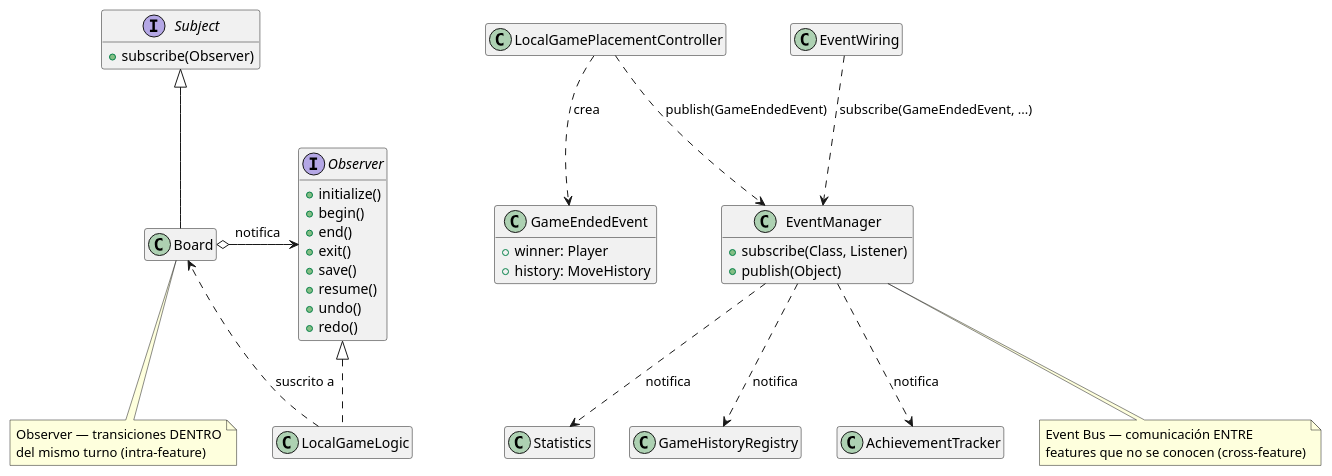
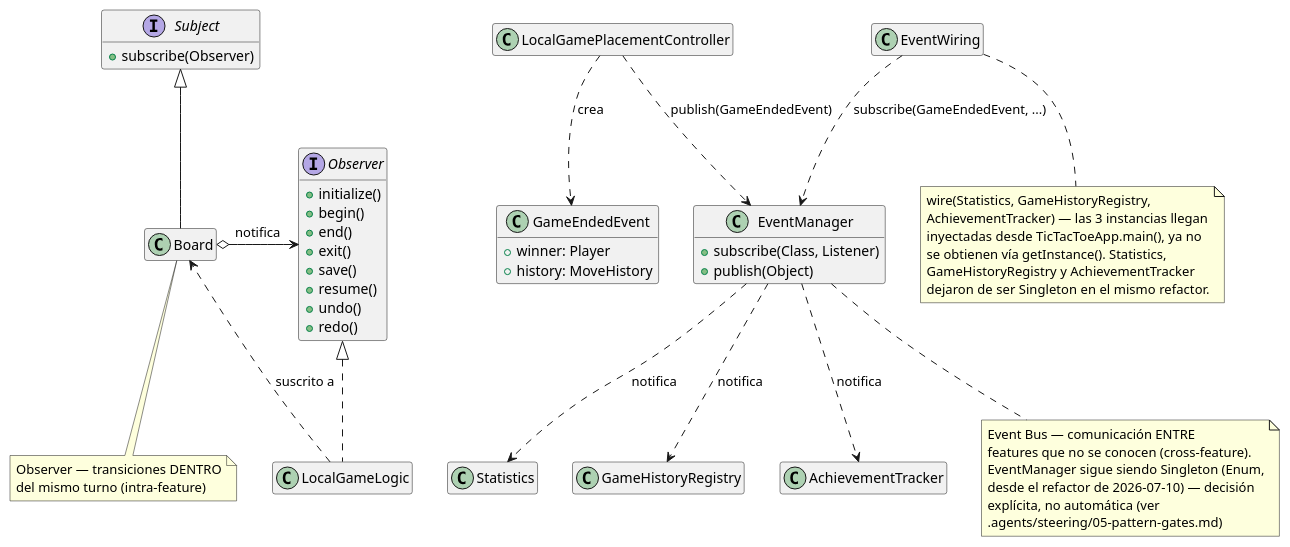
Before and after one commit to pcarroza/tictactoe-java: the diagram in docs/4+1views/logica/patrones/patron-observer-y-eventos.puml, drawn with PlantUML. The commit also changed 16 other files, not shown here.

```diff
--- a/docs/4+1views/logica/patrones/patron-observer-y-eventos.puml
+++ b/docs/4+1views/logica/patrones/patron-observer-y-eventos.puml
@@ -1,55 +1,68 @@
 @startuml patron-observer-y-eventos
 hide empty members
 
 interface Subject {
   +subscribe(Observer)
 }
 interface Observer {
   +initialize()
   +begin()
   +end()
   +exit()
   +save()
   +resume()
   +undo()
   +redo()
 }
 class Board
 class LocalGameLogic
 
 Subject <|-- Board
 Observer <|.. LocalGameLogic
 Board o-> Observer : notifica
 LocalGameLogic ..> Board : suscrito a
 
 note bottom of Board
   Observer — transiciones DENTRO
   del mismo turno (intra-feature)
 end note
 
 class EventManager {
   +subscribe(Class, Listener)
   +publish(Object)
 }
 class GameEndedEvent {
   +winner: Player
   +history: MoveHistory
 }
 class LocalGamePlacementController
 class EventWiring
 class Statistics
 class GameHistoryRegistry
 class AchievementTracker
 
 LocalGamePlacementController ..> EventManager : publish(GameEndedEvent)
 LocalGamePlacementController ..> GameEndedEvent : crea
 EventWiring ..> EventManager : subscribe(GameEndedEvent, ...)
 EventManager ..> Statistics : notifica
 EventManager ..> GameHistoryRegistry : notifica
 EventManager ..> AchievementTracker : notifica
 
 note bottom of EventManager
   Event Bus — comunicación ENTRE
-  features que no se conocen (cross-feature)
+  features que no se conocen (cross-feature).
+  EventManager sigue siendo Singleton (Enum,
+  desde el refactor de 2026-07-10) — decisión
+  explícita, no automática (ver
+  .agents/steering/05-pattern-gates.md)
+end note
+
+note bottom of EventWiring
+  wire(Statistics, GameHistoryRegistry,
+  AchievementTracker) — las 3 instancias llegan
+  inyectadas desde TicTacToeApp.main(), ya no
+  se obtienen vía getInstance(). Statistics,
+  GameHistoryRegistry y AchievementTracker
+  dejaron de ser Singleton en el mismo refactor.
 end note
 @enduml
```
